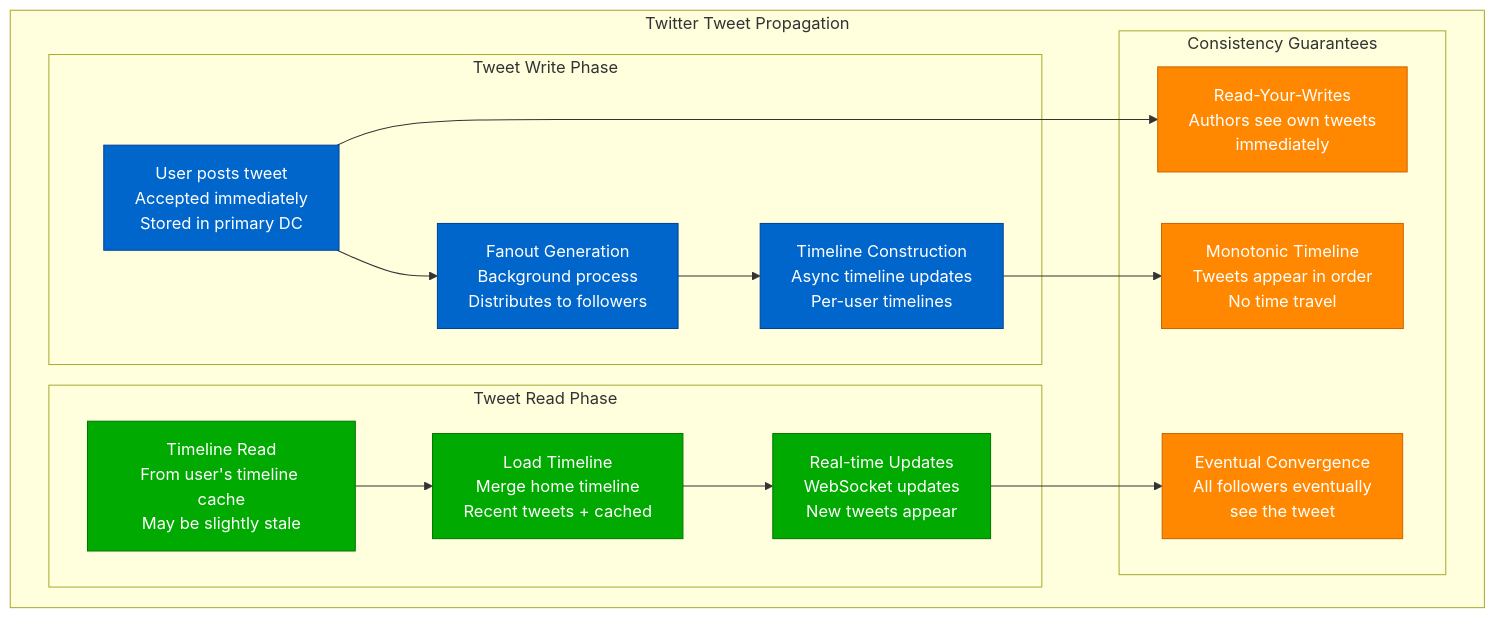
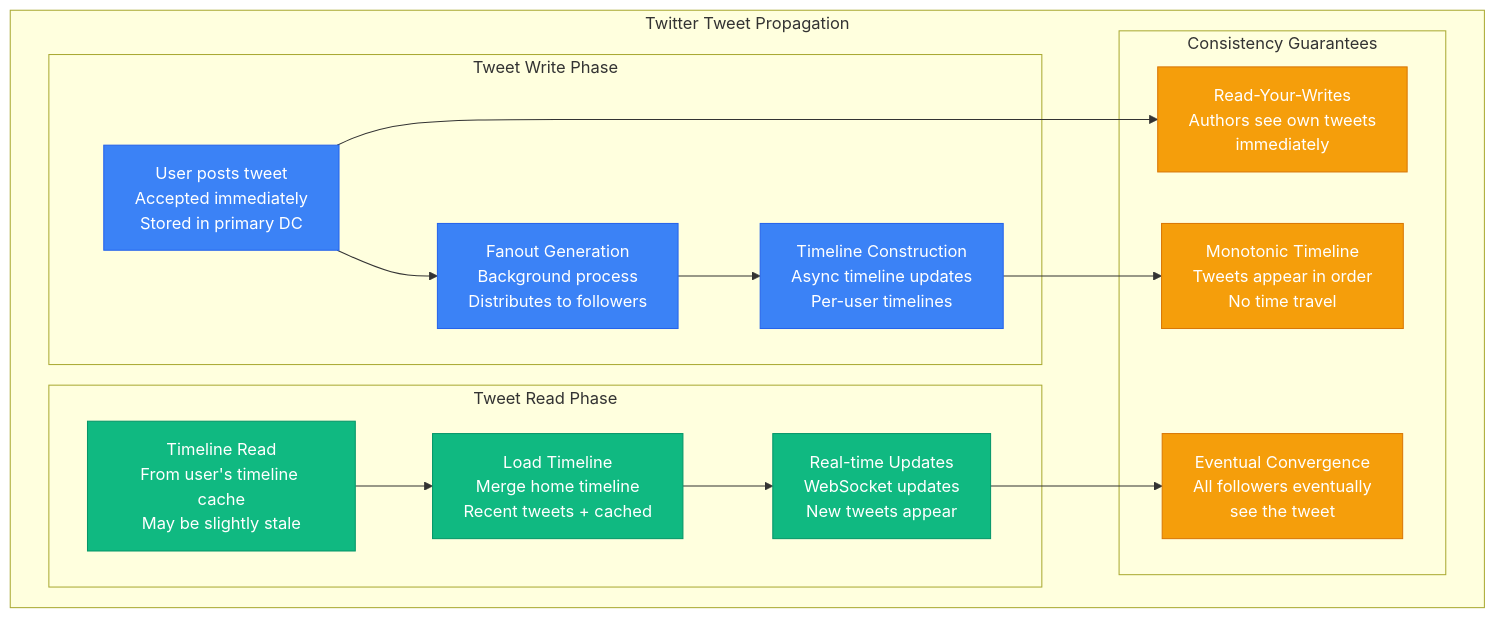
Before and after one commit to deepaucksharma/DS: the fifth of 9 diagrams in site/docs/guarantees/eventual-consistency/eventual-consistency-concept.md, drawn with Mermaid. The commit also changed other lines of this file and 303 other files, not shown here.

````diff
--- a/site/docs/guarantees/eventual-consistency/eventual-consistency-concept.md
+++ b/site/docs/guarantees/eventual-consistency/eventual-consistency-concept.md
@@ -258,36 +258,36 @@
 ```mermaid
 graph TB
     subgraph TwitterArchitecture[Twitter Tweet Propagation]
         subgraph WritePhase[Tweet Write Phase]
             TW[User posts tweet<br/>Accepted immediately<br/>Stored in primary DC]
             FG[Fanout Generation<br/>Background process<br/>Distributes to followers]
             TC[Timeline Construction<br/>Async timeline updates<br/>Per-user timelines]
         end
 
         subgraph ReadPhase[Tweet Read Phase]
             TL[Timeline Read<br/>From user's timeline cache<br/>May be slightly stale]
             LT[Load Timeline<br/>Merge home timeline<br/>Recent tweets + cached]
             RT[Real-time Updates<br/>WebSocket updates<br/>New tweets appear]
         end
 
         subgraph ConsistencyModel[Consistency Guarantees]
             RYW[Read-Your-Writes<br/>Authors see own tweets<br/>immediately]
             MT[Monotonic Timeline<br/>Tweets appear in order<br/>No time travel]
             EC[Eventual Convergence<br/>All followers eventually<br/>see the tweet]
         end
     end
 
     TW --> FG --> TC
     TL --> LT --> RT
     TW --> RYW
     TC --> MT
     RT --> EC
 
-    classDef writeStyle fill:#0066CC,stroke:#004499,color:#fff
-    classDef readStyle fill:#00AA00,stroke:#007700,color:#fff
-    classDef consistencyStyle fill:#FF8800,stroke:#CC6600,color:#fff
+    classDef writeStyle fill:#3B82F6,stroke:#2563EB,color:#fff
+    classDef readStyle fill:#10B981,stroke:#059669,color:#fff
+    classDef consistencyStyle fill:#F59E0B,stroke:#D97706,color:#fff
 
     class TW,FG,TC writeStyle
     class TL,LT,RT readStyle
     class RYW,MT,EC consistencyStyle
 ```
````
